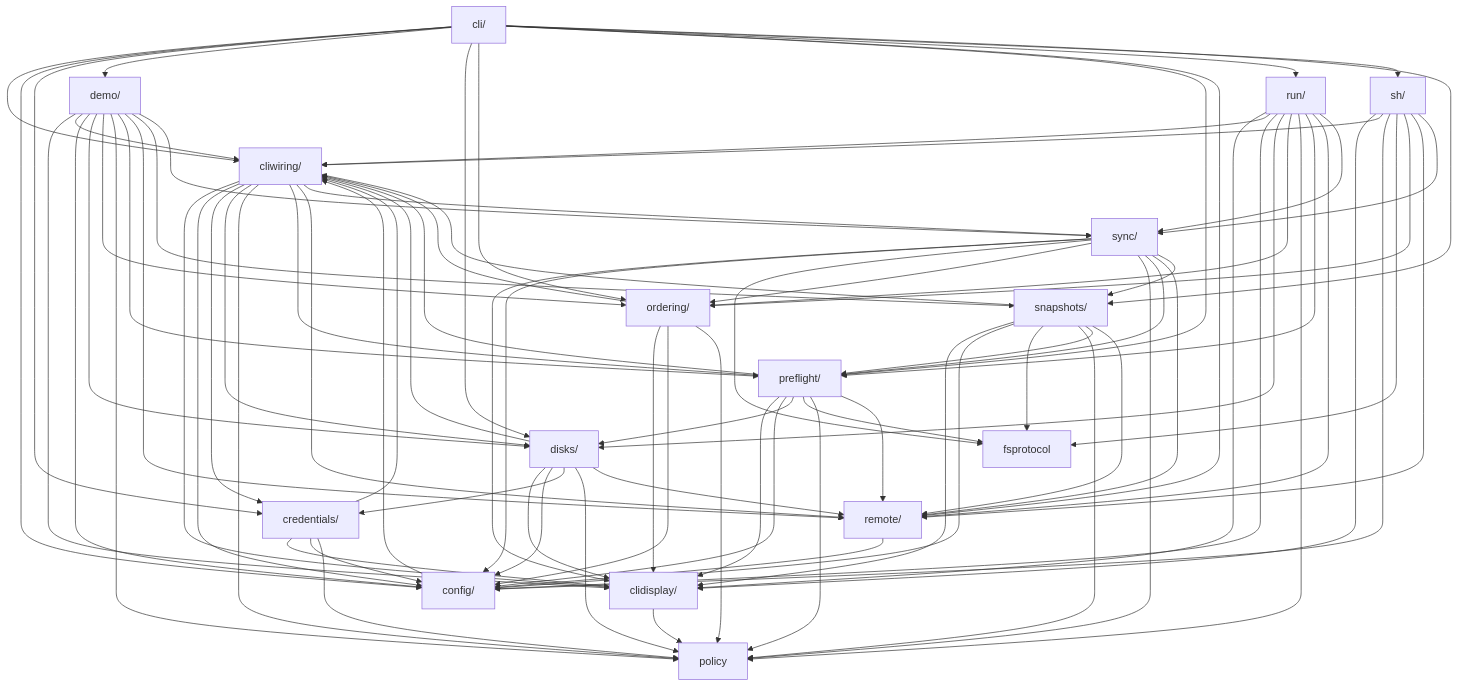
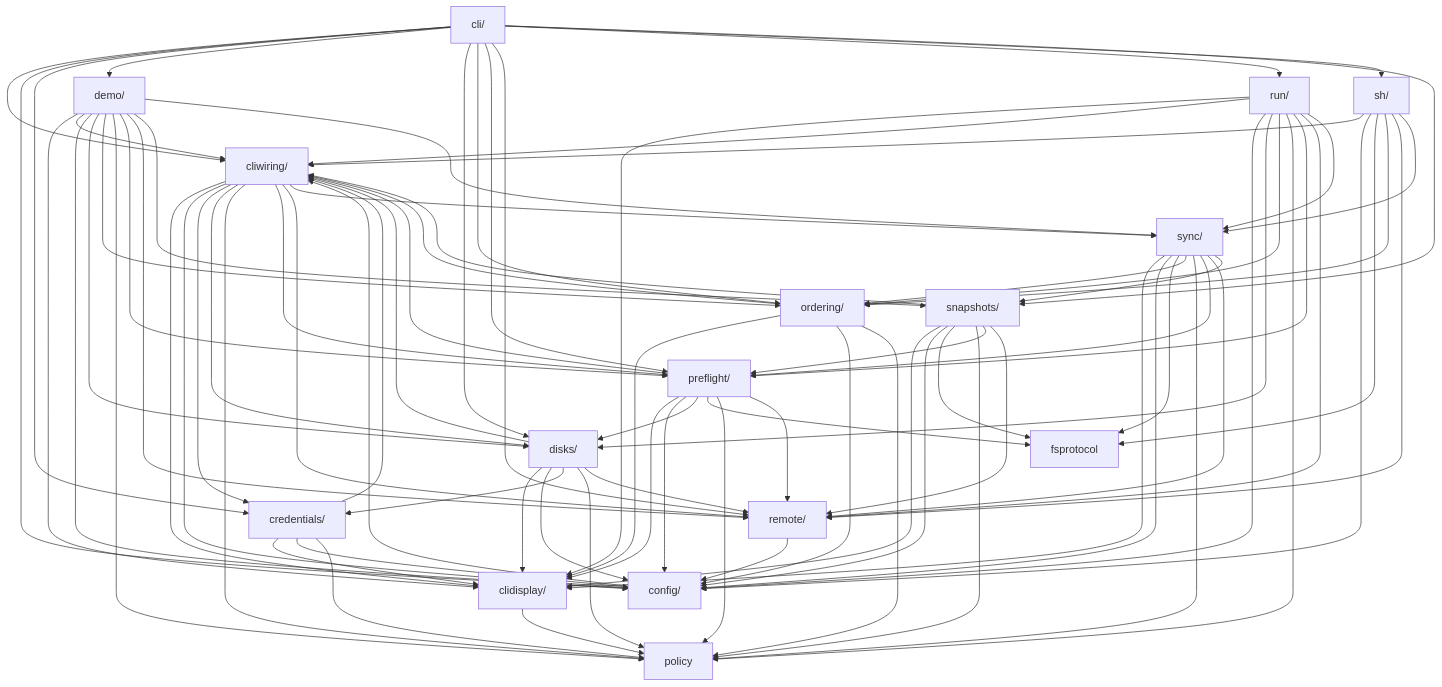
The diagram in docs/architecture.md (iglootools/nbkp), drawn with Mermaid before and after one commit. The commit also changed other lines of this file and 22 other files, not shown here.

```diff
--- a/docs/architecture.md
+++ b/docs/architecture.md
@@ -183,7 +183,6 @@
     run --> preflight
     run --> remote
     run --> sync
-    sh --> clidisplay
     sh --> cliwiring
     sh --> config
     sh --> fsprotocol
```
